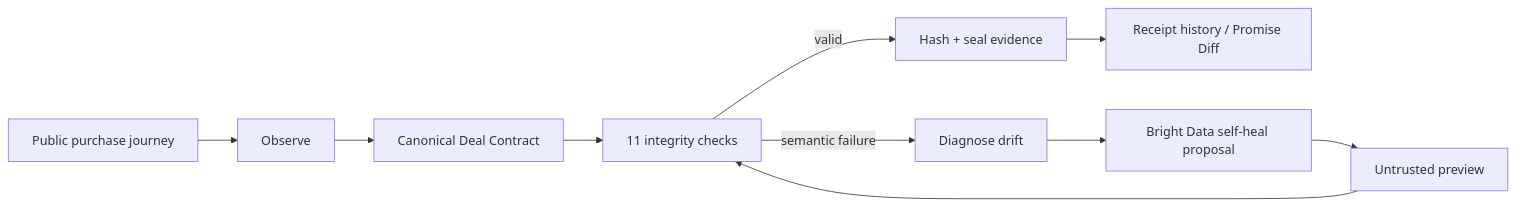
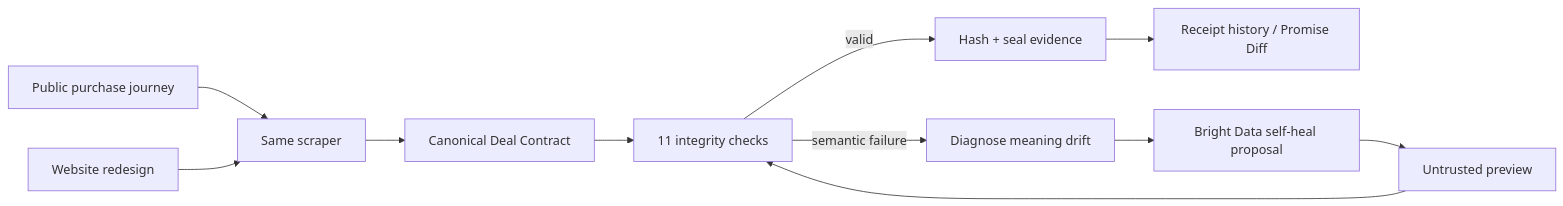
The diagram in README.md (SaiKrishna181707/webReceipt), drawn with Mermaid before and after one commit. The commit also changed other lines of this file and 5 other files, not shown here.

Commit message:
Make website redesign cause semantic drift

````diff
--- a/README.md
+++ b/README.md
@@ -141,13 +145,14 @@
 ```mermaid
 flowchart LR
-    A[Public purchase journey] --> B[Observe]
+    A[Public purchase journey] --> B[Same scraper]
     B --> C[Canonical Deal Contract]
     C --> D[11 integrity checks]
     D -->|valid| E[Hash + seal evidence]
     E --> F[Receipt history / Promise Diff]
 
-    D -->|semantic failure| G[Diagnose drift]
+    A2[Website redesign] --> B
+    D -->|semantic failure| G[Diagnose meaning drift]
     G --> H[Bright Data self-heal proposal]
     H --> I[Untrusted preview]
     I --> D
 ```
````
